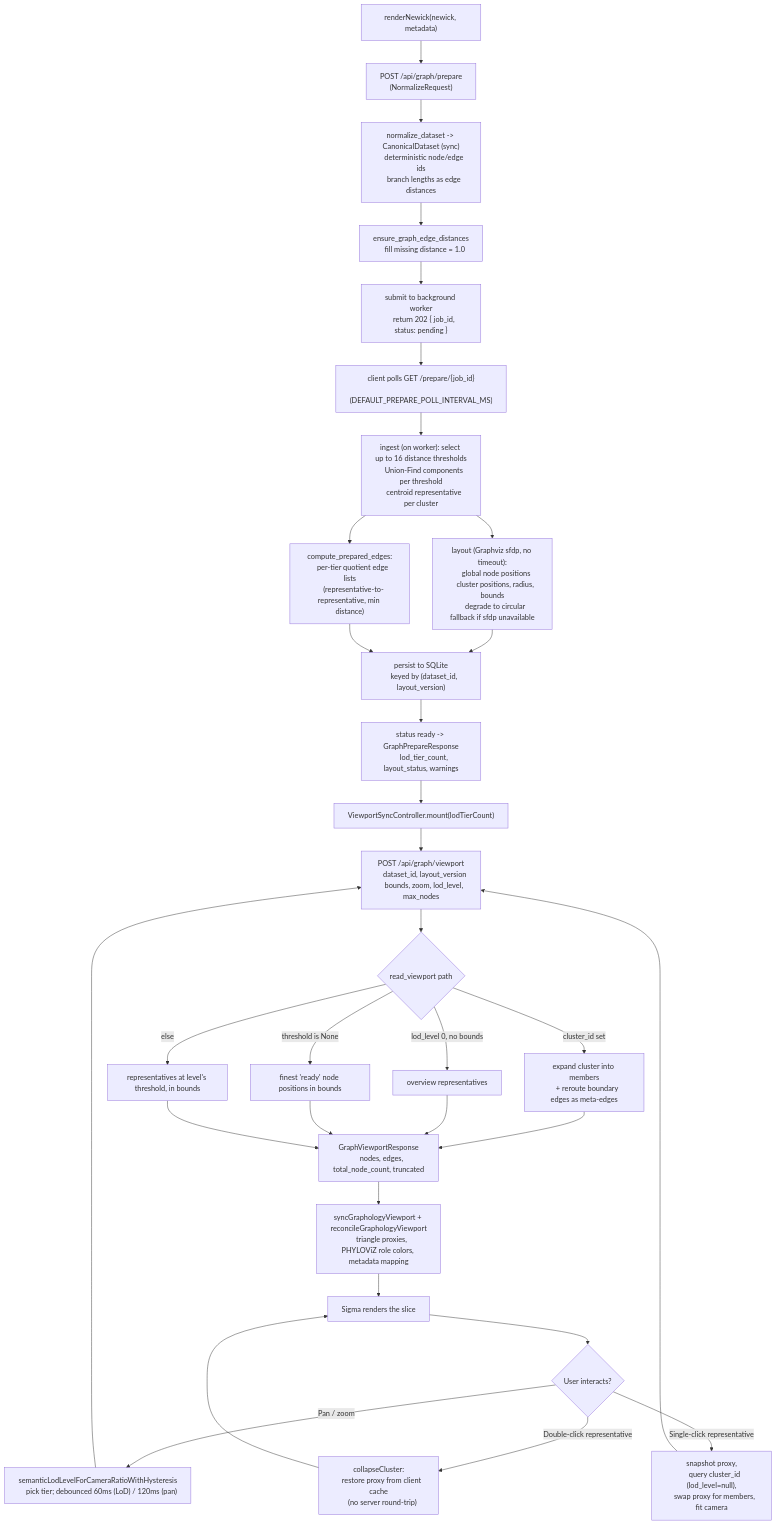
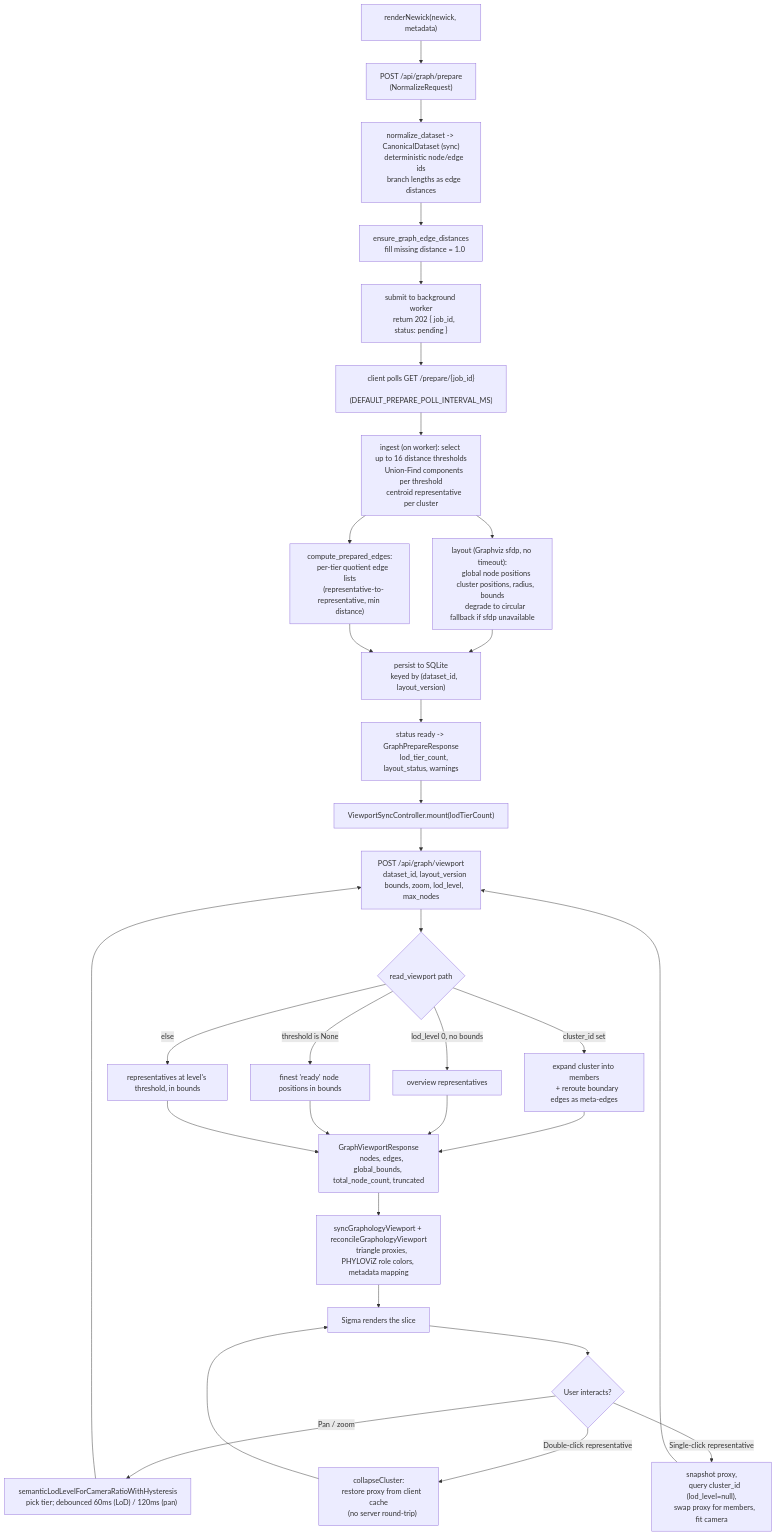
One commit to phyloviz/phylo-lens changed the diagram in docs/flow.md. Above: the diagram before and after it, drawn with Mermaid. The commit also changed 7 other files, not shown here.

Commit message:
docs: describe distributed production architecture

````diff
--- a/docs/flow.md
+++ b/docs/flow.md
@@ -9,77 +9,77 @@
 ```mermaid
 flowchart TD
     A["renderNewick(newick, metadata)"] --> B["POST /api/graph/prepare
     (NormalizeRequest)"]
 
     B --> C["normalize_dataset -> CanonicalDataset (sync)
     deterministic node/edge ids
     branch lengths as edge distances"]
     C --> C2["ensure_graph_edge_distances
     fill missing distance = 1.0"]
 
     C2 --> SUB["submit to background worker
     return 202 { job_id, status: pending }"]
 
     SUB --> POLL["client polls GET /prepare/{job_id}
     (DEFAULT_PREPARE_POLL_INTERVAL_MS)"]
 
     POLL --> D["ingest (on worker): select up to 16 distance thresholds
     Union-Find components per threshold
     centroid representative per cluster"]
 
     D --> E["layout (Graphviz sfdp, no timeout):
     global node positions
     cluster positions, radius, bounds
     degrade to circular fallback if sfdp unavailable"]
 
     D --> F["compute_prepared_edges:
     per-tier quotient edge lists
     (representative-to-representative, min distance)"]
 
     E --> G["persist to SQLite
     keyed by (dataset_id, layout_version)"]
     F --> G
 
     G --> H["status ready -> GraphPrepareResponse
     lod_tier_count, layout_status, warnings"]
 
     H --> I["ViewportSyncController.mount(lodTierCount)"]
 
     I --> J["POST /api/graph/viewport
     dataset_id, layout_version
     bounds, zoom, lod_level, max_nodes"]
 
     J --> K{"read_viewport path"}
     K -->|cluster_id set| K1["expand cluster into members
     + reroute boundary edges as meta-edges"]
     K -->|lod_level 0, no bounds| K2["overview representatives"]
     K -->|threshold is None| K3["finest 'ready' node positions in bounds"]
     K -->|else| K4["representatives at level's threshold, in bounds"]
 
     K1 --> L["GraphViewportResponse
-    nodes, edges, total_node_count, truncated"]
+    nodes, edges, global_bounds, total_node_count, truncated"]
     K2 --> L
     K3 --> L
     K4 --> L
 
     L --> M["syncGraphologyViewport + reconcileGraphologyViewport
     triangle proxies, PHYLOViZ role colors, metadata mapping"]
 
     M --> N["Sigma renders the slice"]
 
     N --> O{"User interacts?"}
 
     O -->|Pan / zoom| P["semanticLodLevelForCameraRatioWithHysteresis
     pick tier; debounced 60ms (LoD) / 120ms (pan)"]
     P --> J
 
     O -->|Single-click representative| Q["snapshot proxy,
     query cluster_id (lod_level=null),
     swap proxy for members, fit camera"]
     Q --> J
 
     O -->|Double-click representative| R["collapseCluster:
     restore proxy from client cache
     (no server round-trip)"]
     R --> N
 ```
````
